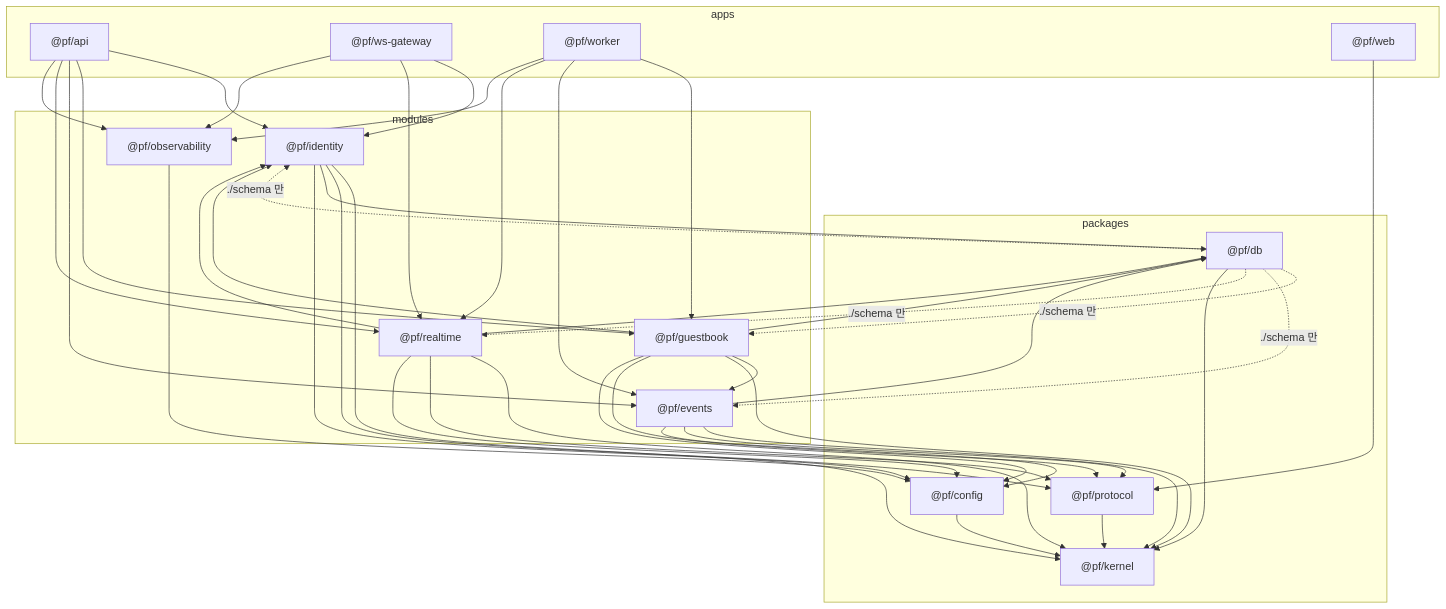
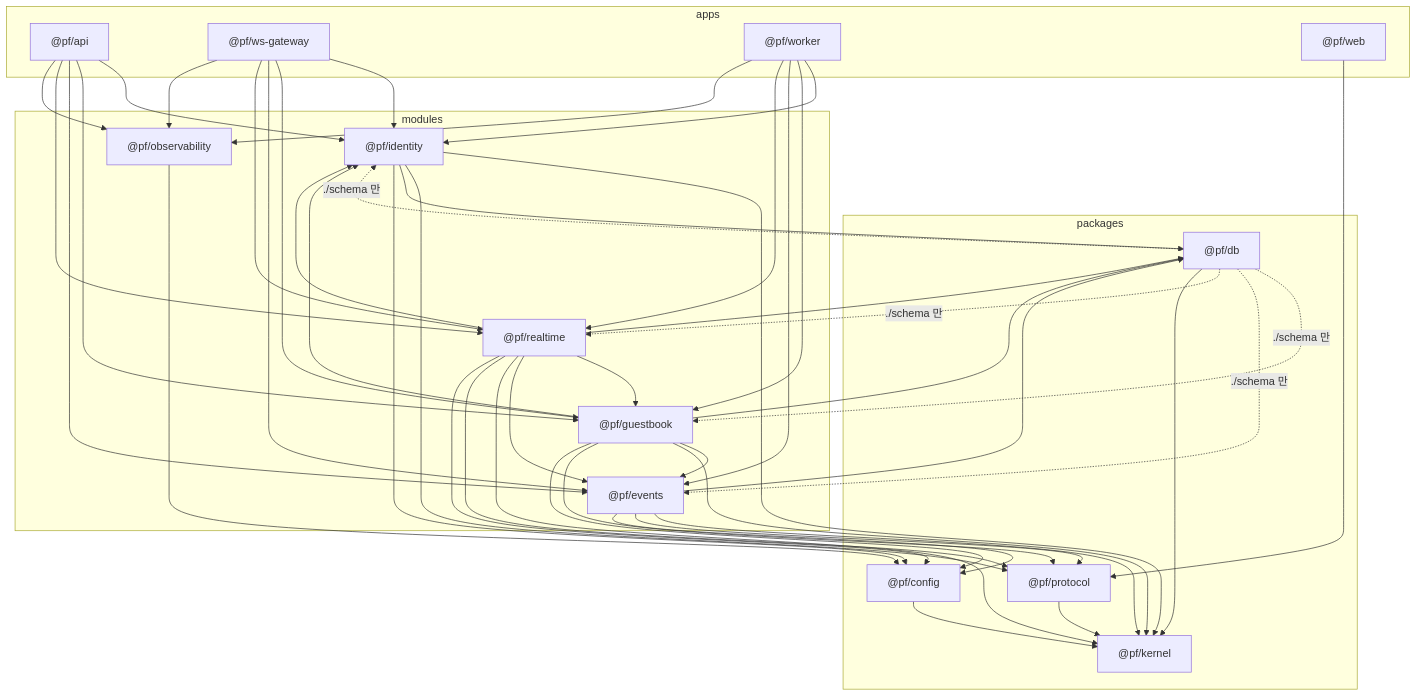
Before and after one commit to 1985jwlee/portpolio_backend: the first of 5 diagrams in docs/design/01-repository-structure.md, drawn with Mermaid. The commit also changed other lines of this file and 33 other files, not shown here.

````diff
--- a/docs/design/01-repository-structure.md
+++ b/docs/design/01-repository-structure.md
@@ -76,35 +76,37 @@
 ```mermaid
 flowchart TB
     subgraph apps
         API["@pf/api"]
         WSG["@pf/ws-gateway"]
         WRK["@pf/worker"]
         WEB["@pf/web"]
     end
     subgraph modules
         ID["@pf/identity"]
         GB["@pf/guestbook"]
         EV["@pf/events"]
         RT["@pf/realtime"]
         OB["@pf/observability"]
     end
     subgraph packages
         KN["@pf/kernel"]
         PR["@pf/protocol"]
         DBP["@pf/db"]
         CFG["@pf/config"]
     end
     API --> ID & GB & EV & RT & OB
-    WSG --> ID & RT & OB
-    WRK --> GB & EV & RT & OB
+    WSG --> ID & GB & EV & RT & OB
+    WRK --> ID & GB & EV & RT & OB
     WEB --> PR
     GB --> ID
     GB --> EV
     RT --> ID
+    RT --> GB
+    RT --> EV
     ID & GB & EV & RT --> KN & PR & DBP & CFG
     OB --> CFG
     DBP -.->|"./schema 만"| ID & GB & EV & RT
     PR --> KN
     DBP --> KN
     CFG --> KN
 ```
````
